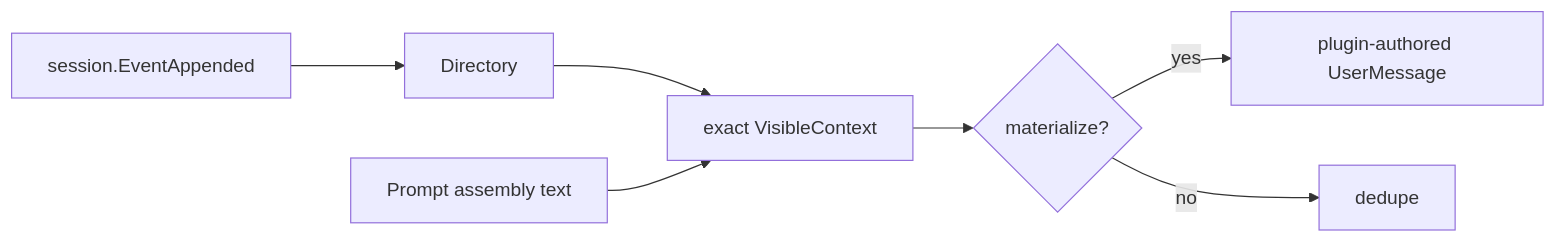
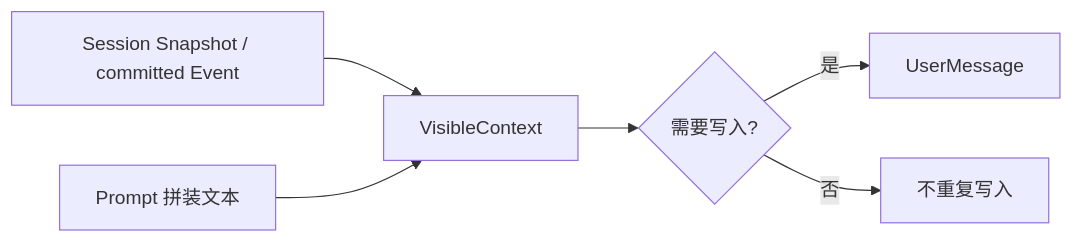
The diagram in agentloop/internal/visiblecontext/README.zh-CN.md (gorenx/goren), drawn with Mermaid before and after one commit. The commit also changed other lines of this file and 20 other files, not shown here.

````diff
--- a/agentloop/internal/visiblecontext/README.zh-CN.md
+++ b/agentloop/internal/visiblecontext/README.zh-CN.md
@@ -11,9 +9,8 @@
 ```mermaid
 flowchart LR
-    Session[session.EventAppended] --> Directory[Directory]
-    Directory --> Visible[exact VisibleContext]
-    Prompt[Prompt assembly text] --> Visible
-    Visible --> Decision{materialize?}
-    Decision -->|yes| Message[plugin-authored UserMessage]
-    Decision -->|no| Skip[dedupe]
+    Session[Session Snapshot / committed Event] --> Visible[VisibleContext]
+    Prompt[Prompt 拼装文本] --> Visible
+    Visible --> Decision{需要写入?}
+    Decision -->|是| Message[UserMessage]
+    Decision -->|否| Skip[不重复写入]
 ```
````
